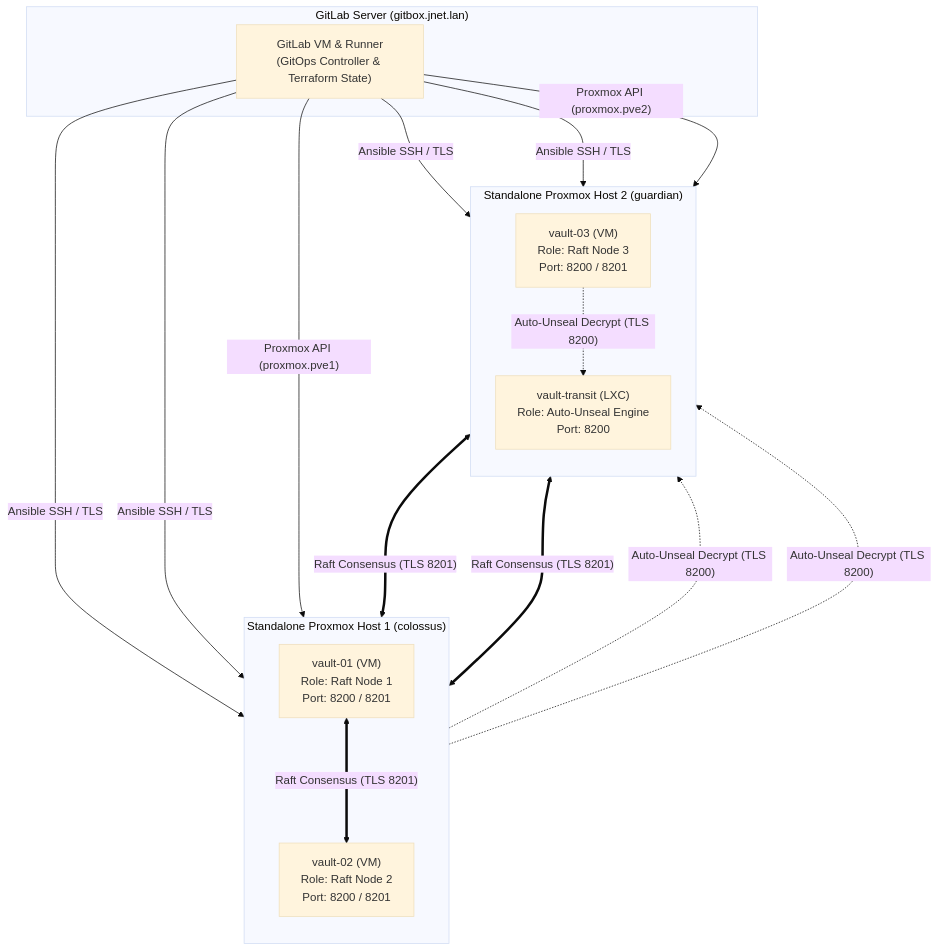
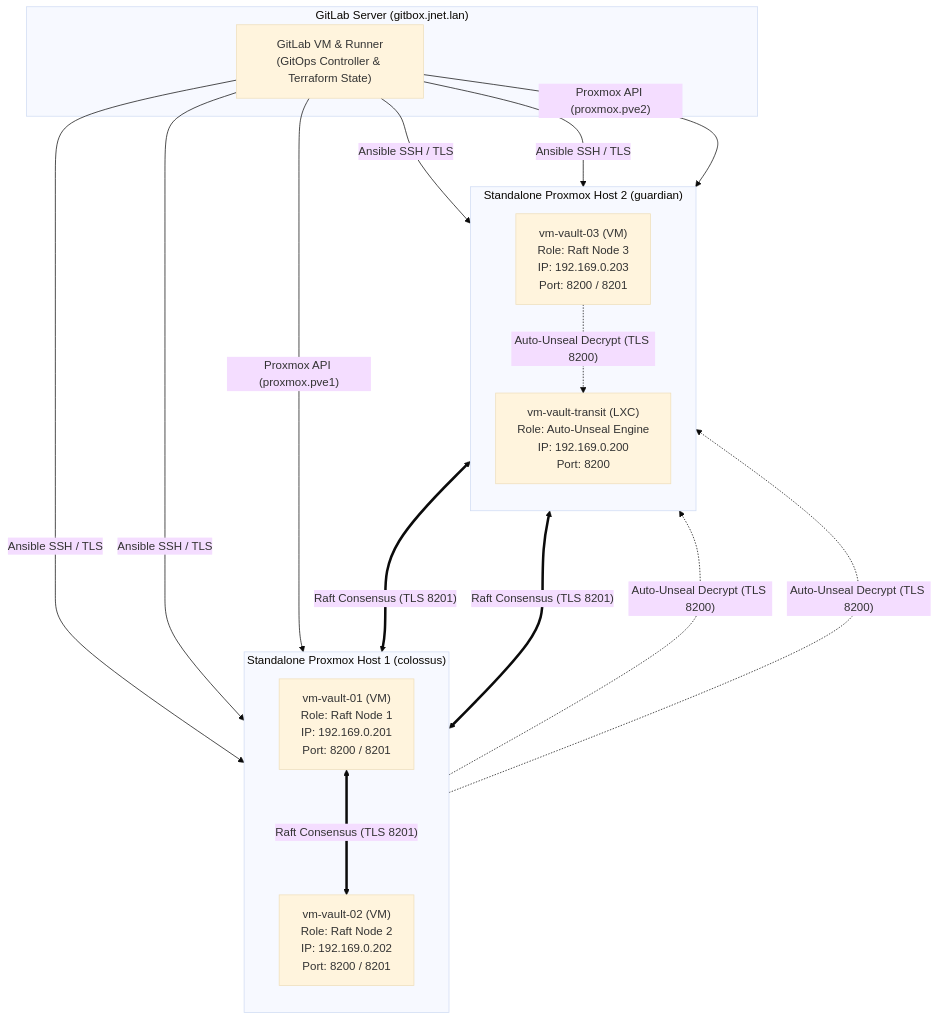
Before and after one commit to antonj-code/vault-bootstrap: the first of 3 diagrams in docs/architecture.md, drawn with Mermaid (base theme). The commit also changed other lines of this file and 9 other files, not shown here.

````diff
--- a/docs/architecture.md
+++ b/docs/architecture.md
@@ -9,36 +9,36 @@
 ```mermaid
 flowchart TB
     subgraph Physical_Host_1["Standalone Proxmox Host 1 (colossus)"]
         direction TB
-        V1["vault-01 (VM)<br/>Role: Raft Node 1<br/>Port: 8200 / 8201"]
-        V2["vault-02 (VM)<br/>Role: Raft Node 2<br/>Port: 8200 / 8201"]
+        V1["vm-vault-01 (VM)<br/>Role: Raft Node 1<br/>IP: 192.169.0.201<br/>Port: 8200 / 8201"]
+        V2["vm-vault-02 (VM)<br/>Role: Raft Node 2<br/>IP: 192.169.0.202<br/>Port: 8200 / 8201"]
     end
 
     subgraph Physical_Host_2["Standalone Proxmox Host 2 (guardian)"]
         direction TB
-        V3["vault-03 (VM)<br/>Role: Raft Node 3<br/>Port: 8200 / 8201"]
-        VT["vault-transit (LXC)<br/>Role: Auto-Unseal Engine<br/>Port: 8200"]
+        V3["vm-vault-03 (VM)<br/>Role: Raft Node 3<br/>IP: 192.169.0.203<br/>Port: 8200 / 8201"]
+        VT["vm-vault-transit (LXC)<br/>Role: Auto-Unseal Engine<br/>IP: 192.169.0.200<br/>Port: 8200"]
     end
 
     subgraph Management_Host["GitLab Server (gitbox.jnet.lan)"]
         GL["GitLab VM & Runner<br/>(GitOps Controller & Terraform State)"]
     end
 
     %% Raft Consensus
     V1 <===>|"Raft Consensus (TLS 8201)"| V2
     V2 <===>|"Raft Consensus (TLS 8201)"| V3
     V3 <===>|"Raft Consensus (TLS 8201)"| V1
 
     %% Auto Unseal
     V1 -.->|"Auto-Unseal Decrypt (TLS 8200)"| VT
     V2 -.->|"Auto-Unseal Decrypt (TLS 8200)"| VT
     V3 -.->|"Auto-Unseal Decrypt (TLS 8200)"| VT
 
     %% Pipeline deployment
     GL -->|"Proxmox API (proxmox.pve1)"| Physical_Host_1
     GL -->|"Proxmox API (proxmox.pve2)"| Physical_Host_2
     GL -->|"Ansible SSH / TLS"| V1
     GL -->|"Ansible SSH / TLS"| V2
     GL -->|"Ansible SSH / TLS"| V3
     GL -->|"Ansible SSH / TLS"| VT
 ```
````
